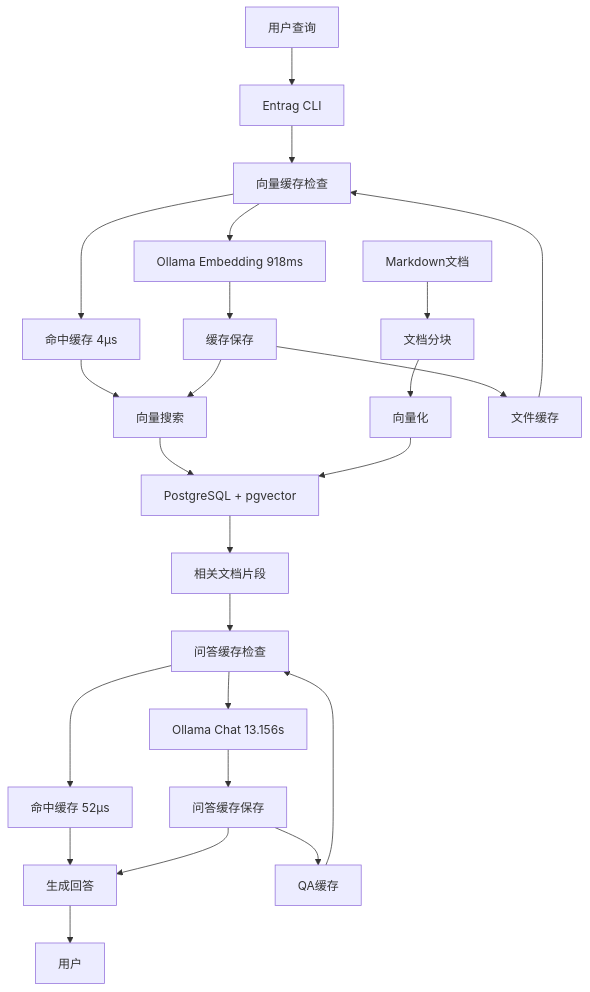
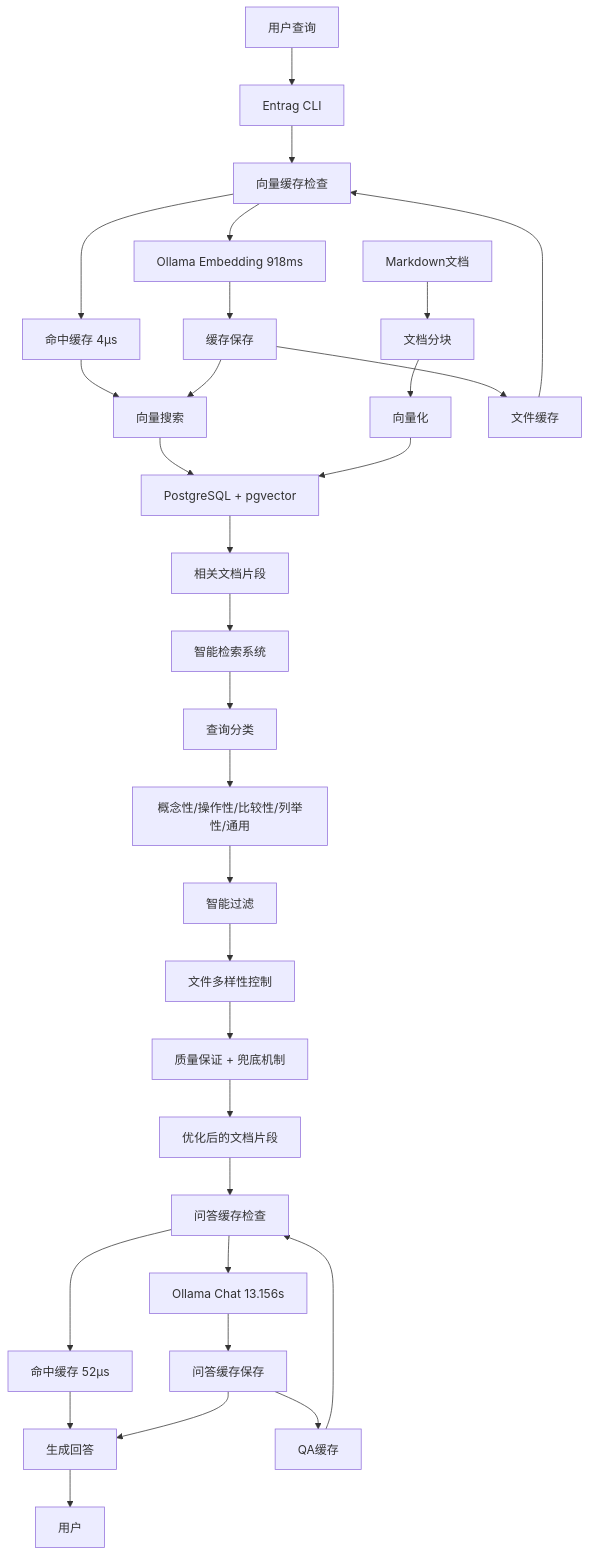
The diagram in docs/README.md (timdong/entrag), drawn with Mermaid before and after one commit. The commit also changed other lines of this file and 7 other files, not shown here.

````diff
--- a/docs/README.md
+++ b/docs/README.md
@@ -77,28 +85,35 @@
 ```mermaid
 graph TB
     A[用户查询] --> B[Entrag CLI]
     B --> C1[向量缓存检查]
     C1 --> C2[命中缓存 4µs]
     C1 --> C3[Ollama Embedding 918ms]
     C2 --> D[向量搜索]
     C3 --> C4[缓存保存]
     C4 --> D
     D --> E[PostgreSQL + pgvector]
     E --> F[相关文档片段]
-    F --> G1[问答缓存检查]
-    G1 --> G2[命中缓存 52µs]
-    G1 --> G3[Ollama Chat 13.156s]
-    G2 --> H[生成回答]
-    G3 --> G4[问答缓存保存]
-    G4 --> H
-    H --> I[用户]
+    F --> G[智能检索系统]
+    G --> G1[查询分类]
+    G1 --> G2[概念性/操作性/比较性/列举性/通用]
+    G2 --> G3[智能过滤]
+    G3 --> G4[文件多样性控制]
+    G4 --> G5[质量保证 + 兜底机制]
+    G5 --> H[优化后的文档片段]
+    H --> I1[问答缓存检查]
+    I1 --> I2[命中缓存 52µs]
+    I1 --> I3[Ollama Chat 13.156s]
+    I2 --> J[生成回答]
+    I3 --> I4[问答缓存保存]
+    I4 --> J
+    J --> K[用户]
     
-    J[Markdown文档] --> K[文档分块]
-    K --> L[向量化]
-    L --> E
+    L[Markdown文档] --> M[文档分块]
+    M --> N[向量化]
+    N --> E
     
-    M[文件缓存] --> C1
-    C4 --> M
-    N[QA缓存] --> G1
-    G4 --> N
+    O[文件缓存] --> C1
+    C4 --> O
+    P[QA缓存] --> I1
+    I4 --> P
 ```
````
